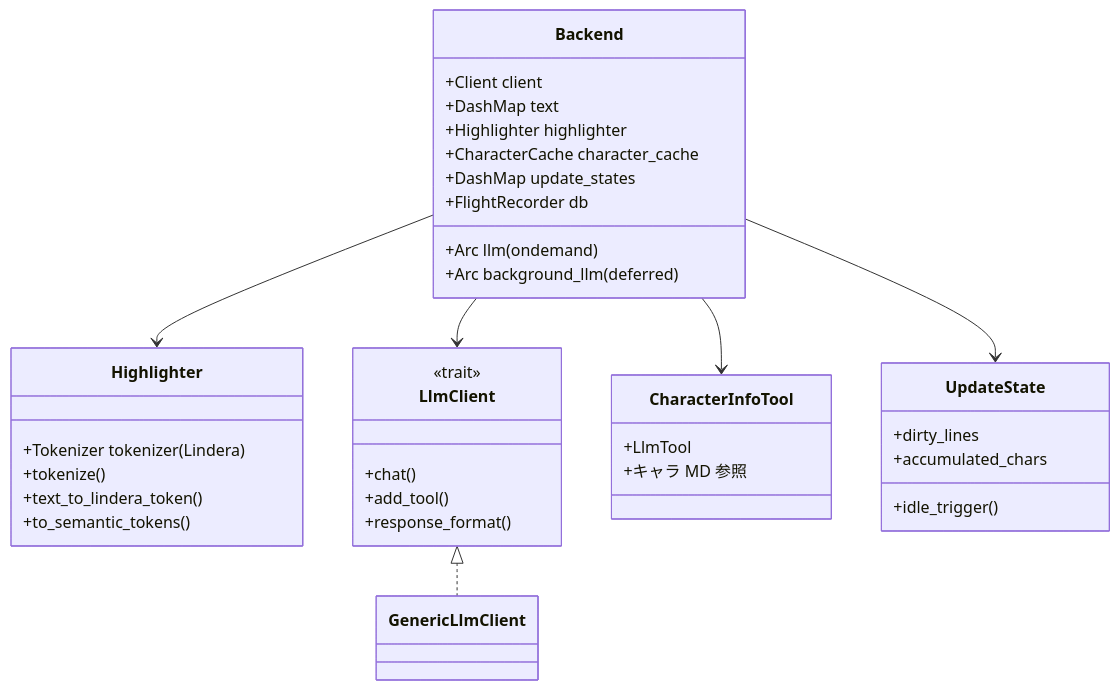
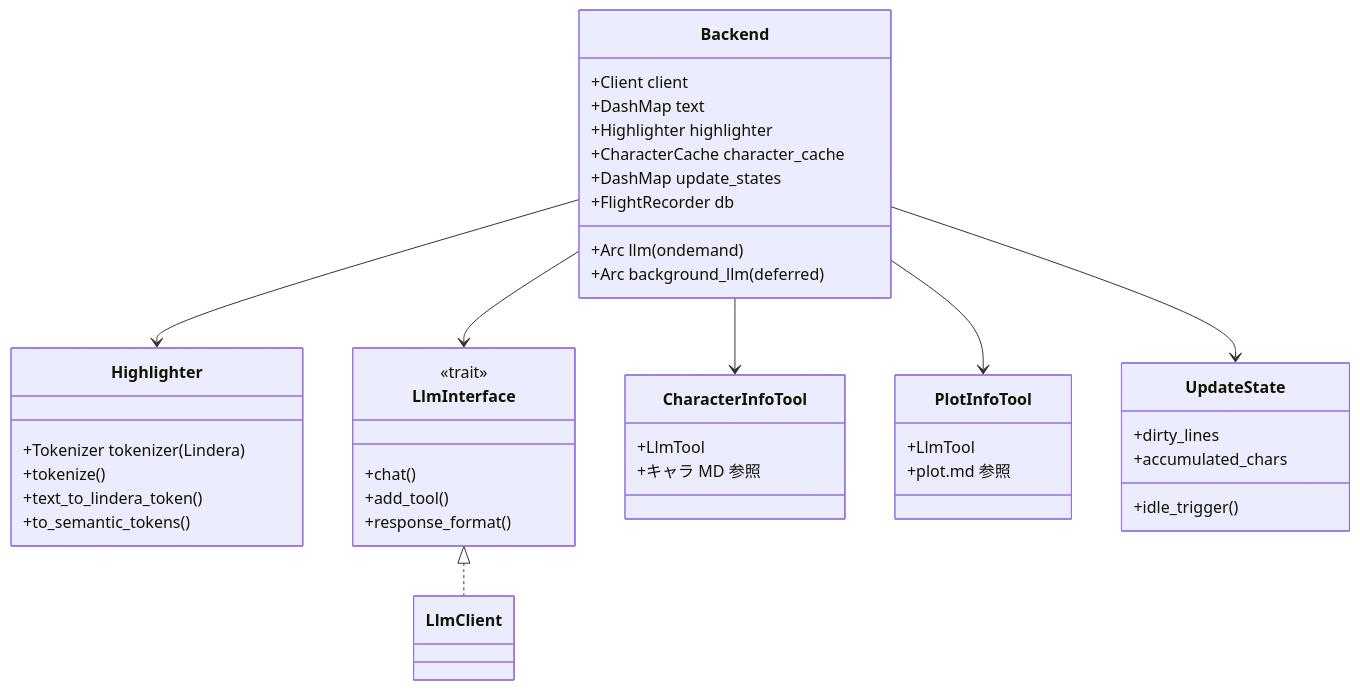
One commit to Talos208/fifty_four changed the second of 2 diagrams in docs/architecture.md. Above: the diagram before and after it, drawn with Mermaid. The commit also changed other lines of this file and 22 other files, not shown here.

First line of the commit message:
feat: PlotInfoTool・LSPバイナリ探索・配布パッケージングを整備

````diff
--- a/docs/architecture.md
+++ b/docs/architecture.md
@@ -52,44 +55,50 @@
 ```mermaid
 classDiagram
     class Backend {
         +Client client
         +DashMap text
         +Arc llm (ondemand)
         +Arc background_llm (deferred)
         +Highlighter highlighter
         +CharacterCache character_cache
         +DashMap update_states
         +FlightRecorder db
     }
 
     class Highlighter {
         +Tokenizer tokenizer (Lindera)
         +tokenize()
         +text_to_lindera_token()
         +to_semantic_tokens()
     }
 
-    class LlmClient {
+    class LlmInterface {
         <<trait>>
         +chat()
         +add_tool()
         +response_format()
     }
 
     class CharacterInfoTool {
         +LlmTool
         +キャラ MD 参照
     }
 
+    class PlotInfoTool {
+        +LlmTool
+        +plot.md 参照
+    }
+
     class UpdateState {
         +dirty_lines
         +accumulated_chars
         +idle_trigger()
     }
 
     Backend --> Highlighter
-    Backend --> LlmClient
+    Backend --> LlmInterface
     Backend --> UpdateState
-    LlmClient <|.. GenericLlmClient
+    LlmInterface <|.. LlmClient
     Backend --> CharacterInfoTool
+    Backend --> PlotInfoTool
 ```
````
